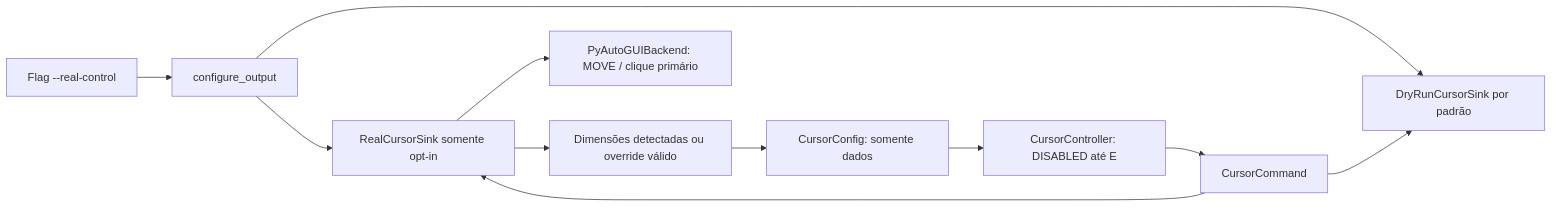
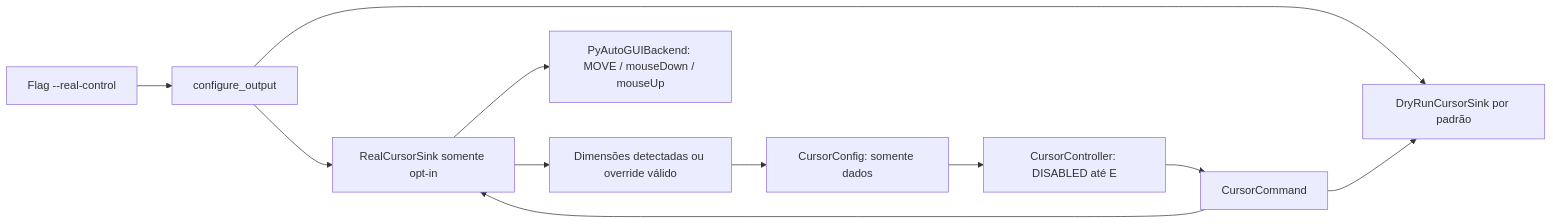
Before and after one commit to FernandoBuligon/hgi: the fifth of 5 diagrams in docs/ARCHITECTURE.md, drawn with Mermaid. The commit also changed other lines of this file and 6 other files, not shown here.

````diff
--- a/docs/ARCHITECTURE.md
+++ b/docs/ARCHITECTURE.md
@@ -666,13 +680,13 @@
 ```mermaid
 flowchart LR
     F[Flag --real-control] --> S[configure_output]
     S --> V[DryRunCursorSink por padrão]
     S --> R[RealCursorSink somente opt-in]
     R --> D[Dimensões detectadas ou override válido]
     D --> C[CursorConfig: somente dados]
     C --> K[CursorController: DISABLED até E]
     K --> I[CursorCommand]
     I --> V
     I --> R
-    R --> P[PyAutoGUIBackend: MOVE / clique primário]
+    R --> P[PyAutoGUIBackend: MOVE / mouseDown / mouseUp]
 ```
````
